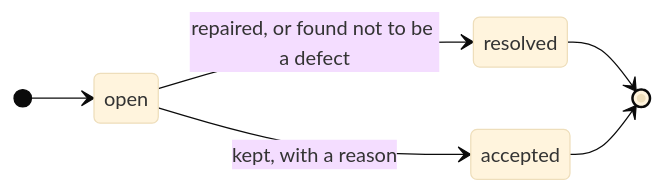
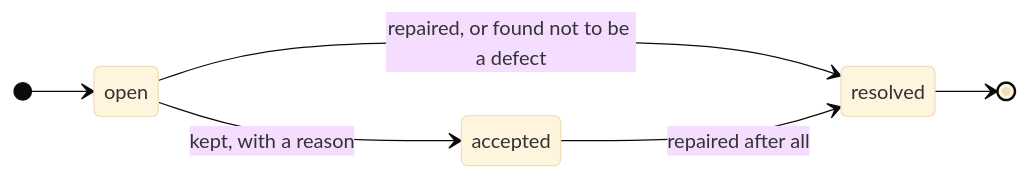
Before and after one commit to GiteshDalal/fdf: the fifth of 5 diagrams in spec/0.7.md, drawn with Mermaid (base theme). The commit also changed other lines of this file and 7 other files, not shown here.

````diff
--- a/spec/0.7.md
+++ b/spec/0.7.md
@@ -515,9 +626,9 @@
 ```mermaid
 stateDiagram-v2
     direction LR
     [*] --> open
     open --> resolved : repaired, or found not to be a defect
     open --> accepted : kept, with a reason
+    accepted --> resolved : repaired after all
     resolved --> [*]
-    accepted --> [*]
 ```
````
